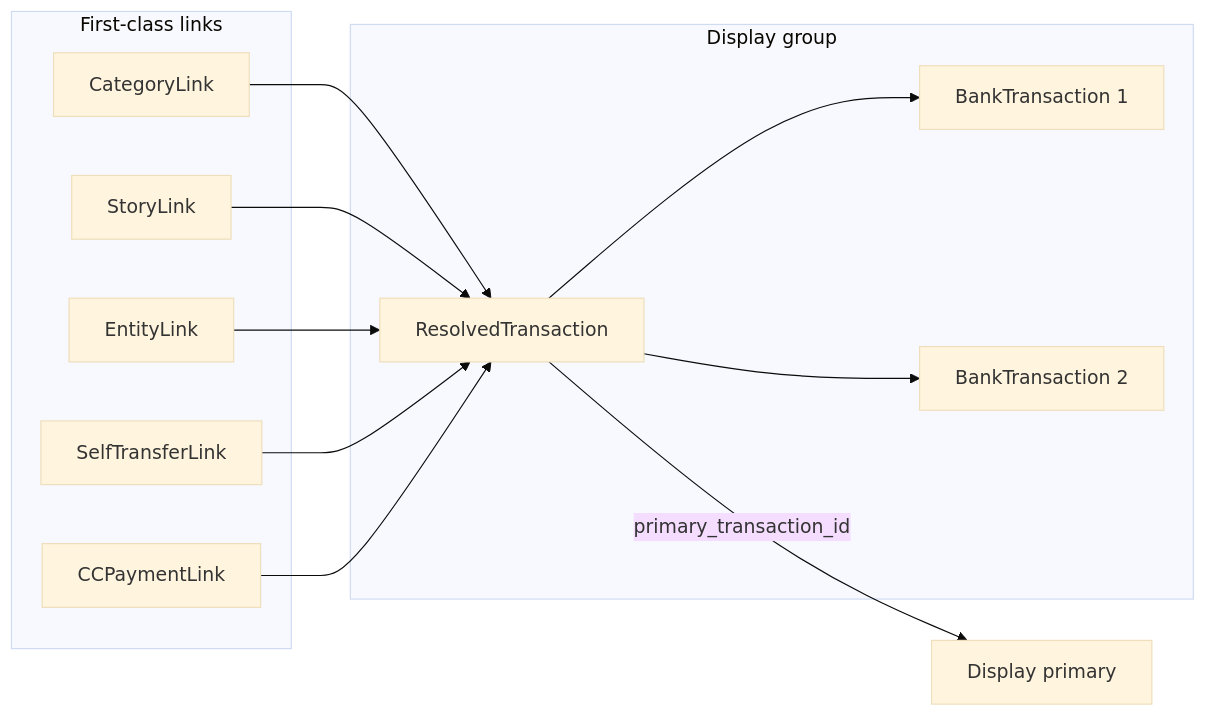
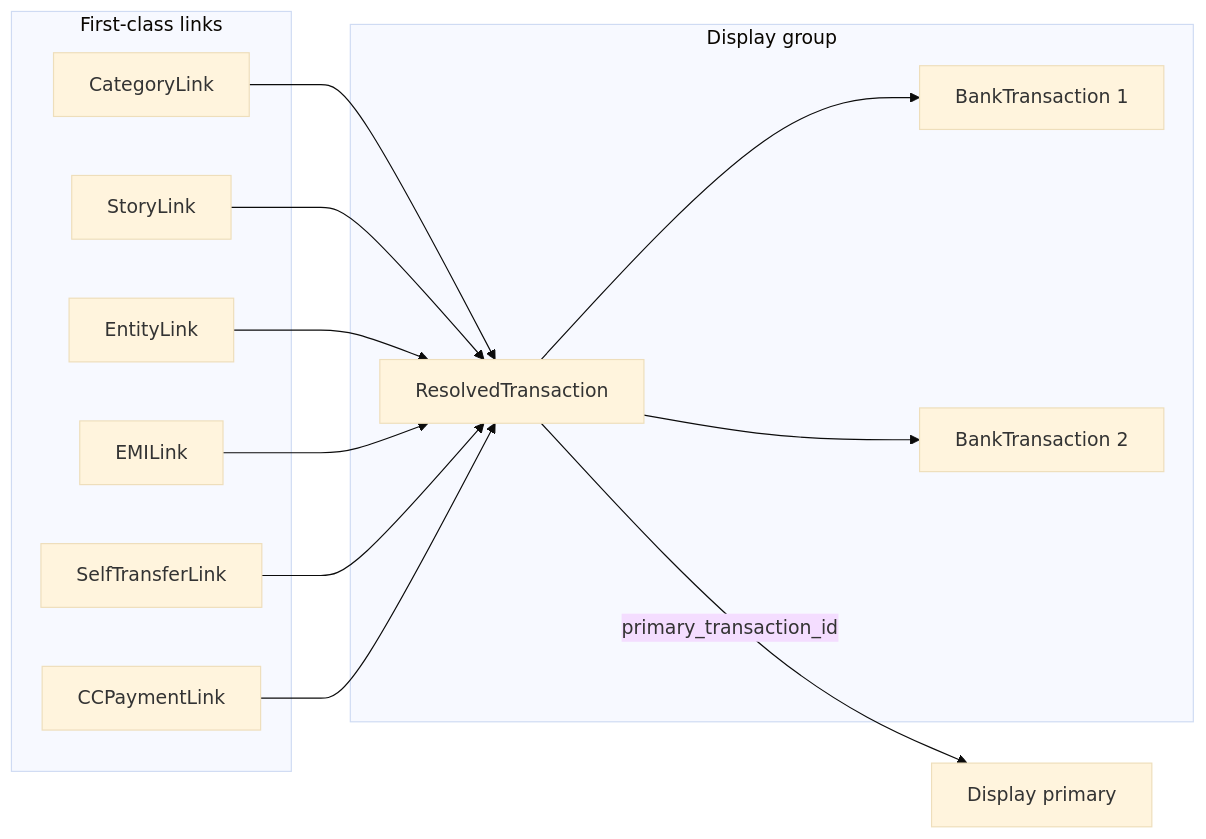
Before and after one commit to thelonejordan/finaccs: the diagram in docs/DURABLE-LINKS.md, drawn with Mermaid (base theme). The commit also changed 21 other files, not shown here.

````diff
--- a/docs/DURABLE-LINKS.md
+++ b/docs/DURABLE-LINKS.md
@@ -61,23 +61,25 @@
 ```mermaid
 flowchart LR
     subgraph display_group [Display group]
         RT[ResolvedTransaction]
         T1[BankTransaction 1]
         T2[BankTransaction 2]
         RT --> T1
         RT --> T2
     end
     subgraph links [First-class links]
         CL[CategoryLink]
         SL[StoryLink]
         EL[EntityLink]
+        EMIL[EMILink]
         STL[SelfTransferLink]
         CCL[CCPaymentLink]
     end
     CL --> RT
     SL --> RT
     EL --> RT
+    EMIL --> RT
     STL --> RT
     CCL --> RT
     RT -->|primary_transaction_id| display_primary[Display primary]
 ```
````
